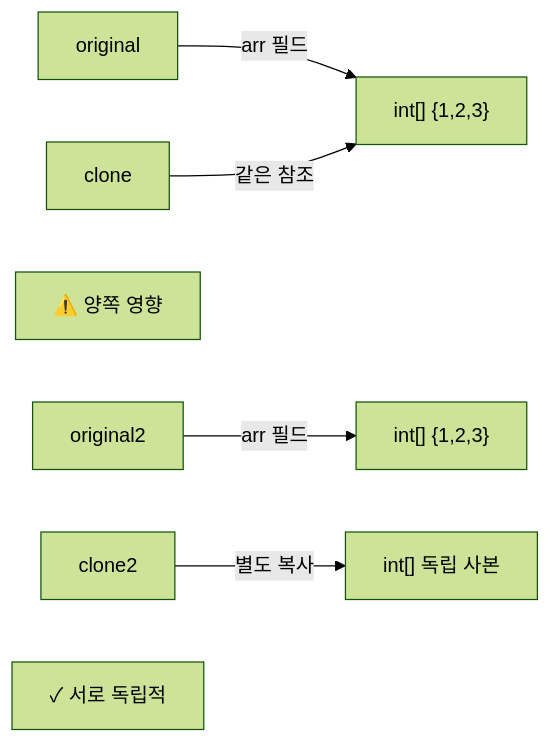
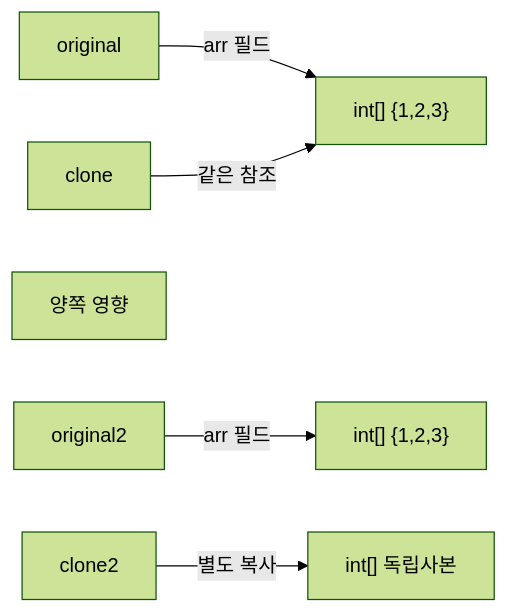
The fourth of 6 diagrams in _posts/java/2026-05-01-java-object-class.md (yjkim2015/yjkim2015.github.io), drawn with Mermaid (forest theme) before and after one commit. The commit also changed 48 other files, not shown here.

First line of the commit message:
Mermaid 최종 47건 수정: participant/노드/줄수/라벨 전부 기준 이하

````diff
--- a/_posts/java/2026-05-01-java-object-class.md
+++ b/_posts/java/2026-05-01-java-object-class.md
@@ -389,9 +389,8 @@
 ```mermaid
 graph LR
     O1["original"] -->|"arr 필드"| ARR["int[] {1,2,3}"]
     C1["clone"] -->|"같은 참조"| ARR
-    NOTE1["⚠️ 양쪽 영향"]
+    NOTE1["양쪽 영향"]
     O2["original2"] -->|"arr 필드"| ARR2["int[] {1,2,3}"]
-    C2["clone2"] -->|"별도 복사"| ARR3["int[] 독립 사본"]
-    NOTE2["✓ 서로 독립적"]
+    C2["clone2"] -->|"별도 복사"| ARR3["int[] 독립사본"]
 ```
````
